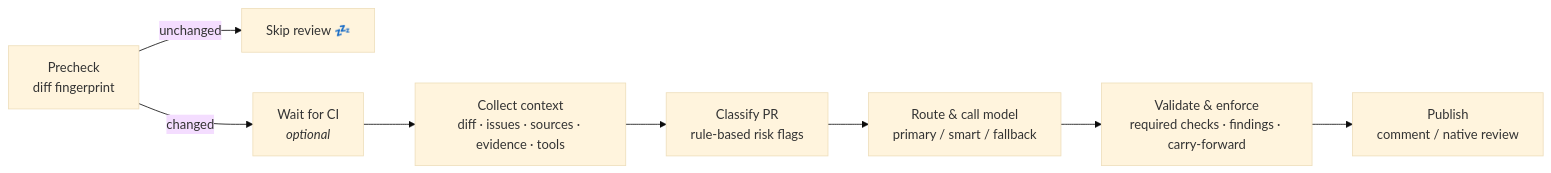
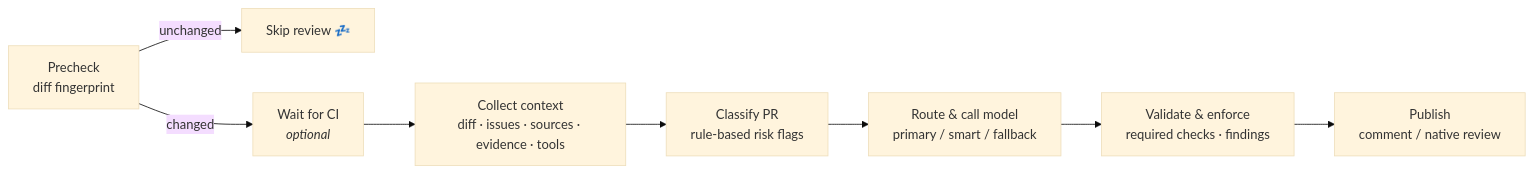
Before and after one commit to hampsterx/pr-reviewer-action: the diagram in README.md, drawn with Mermaid (base theme). The commit also changed other lines of this file and 53 other files, not shown here.

````diff
--- a/README.md
+++ b/README.md
@@ -83,10 +83,10 @@
 ```mermaid
 flowchart LR
     A[Precheck<br/>diff fingerprint] -->|unchanged| Z[Skip review 💤]
     A -->|changed| B[Wait for CI<br/><i>optional</i>]
     B --> C[Collect context<br/>diff · issues · sources · evidence · tools]
     C --> D[Classify PR<br/>rule-based risk flags]
     D --> E[Route & call model<br/>primary / smart / fallback]
-    E --> F[Validate & enforce<br/>required checks · findings · carry-forward]
+    E --> F[Validate & enforce<br/>required checks · findings]
     F --> G[Publish<br/>comment / native review]
 ```
````
